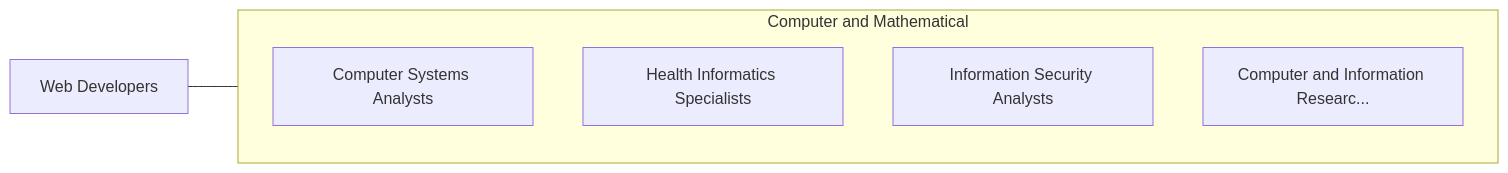
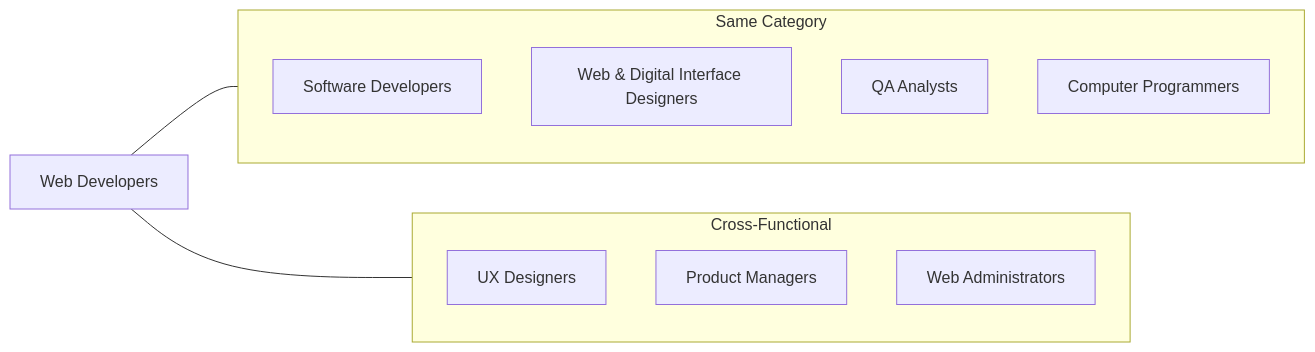
Before and after one commit to kziemski/business.org.ai: the third of 4 diagrams in occupations/Technology/WebDevelopers.mdx, drawn with Mermaid. The commit also changed other lines of this file and 938 other files, not shown here.

````diff
--- a/occupations/Technology/WebDevelopers.mdx
+++ b/occupations/Technology/WebDevelopers.mdx
@@ -120,13 +202,20 @@
 ```mermaid
 graph LR
     Current["Web Developers"]
 
-    subgraph SameCategory["Computer and Mathematical"]
-        ComputerSystemsAnaly["Computer Systems Analysts"]
-        HealthInformaticsSpe["Health Informatics Specialists"]
-        InformationSecurityA["Information Security Analysts"]
-        ComputerAndInformati["Computer and Information Researc..."]
+    subgraph SameCategory["Same Category"]
+        SD["Software Developers"]
+        WD["Web & Digital Interface Designers"]
+        QA["QA Analysts"]
+        CP["Computer Programmers"]
+    end
+
+    subgraph CrossFunctional["Cross-Functional"]
+        UX["UX Designers"]
+        PM["Product Managers"]
+        WA["Web Administrators"]
     end
 
     Current --- SameCategory
+    Current --- CrossFunctional
 ```
````
